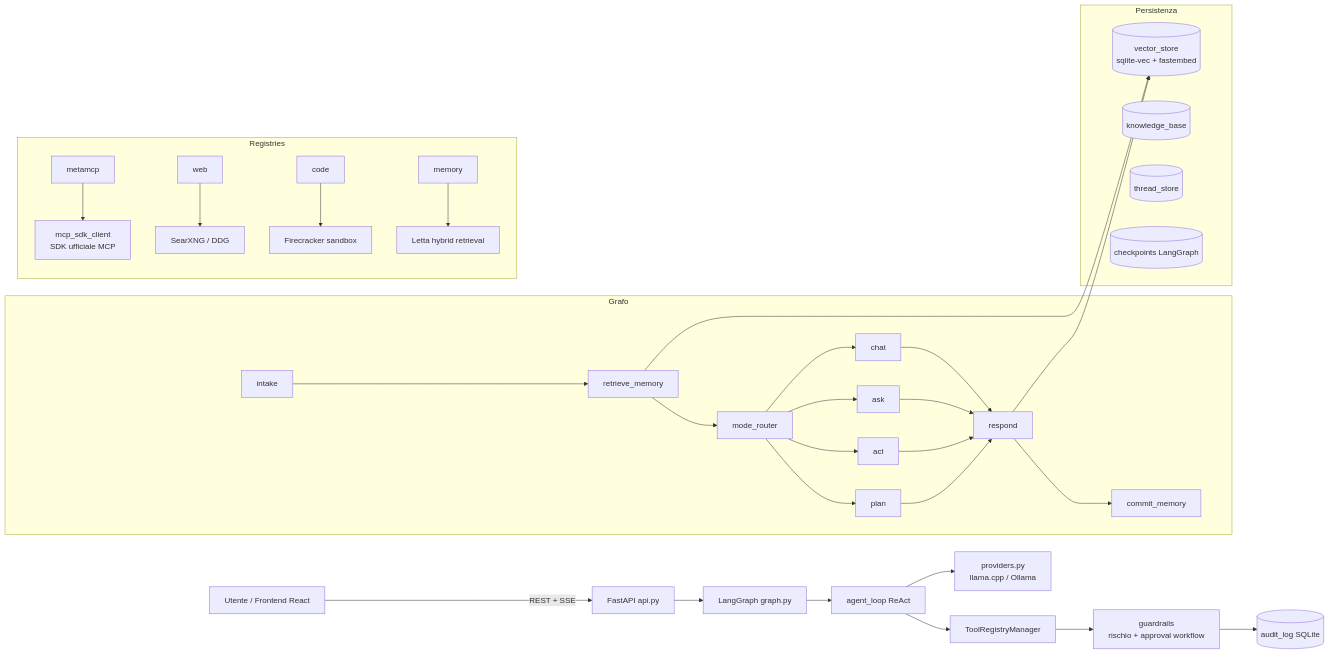
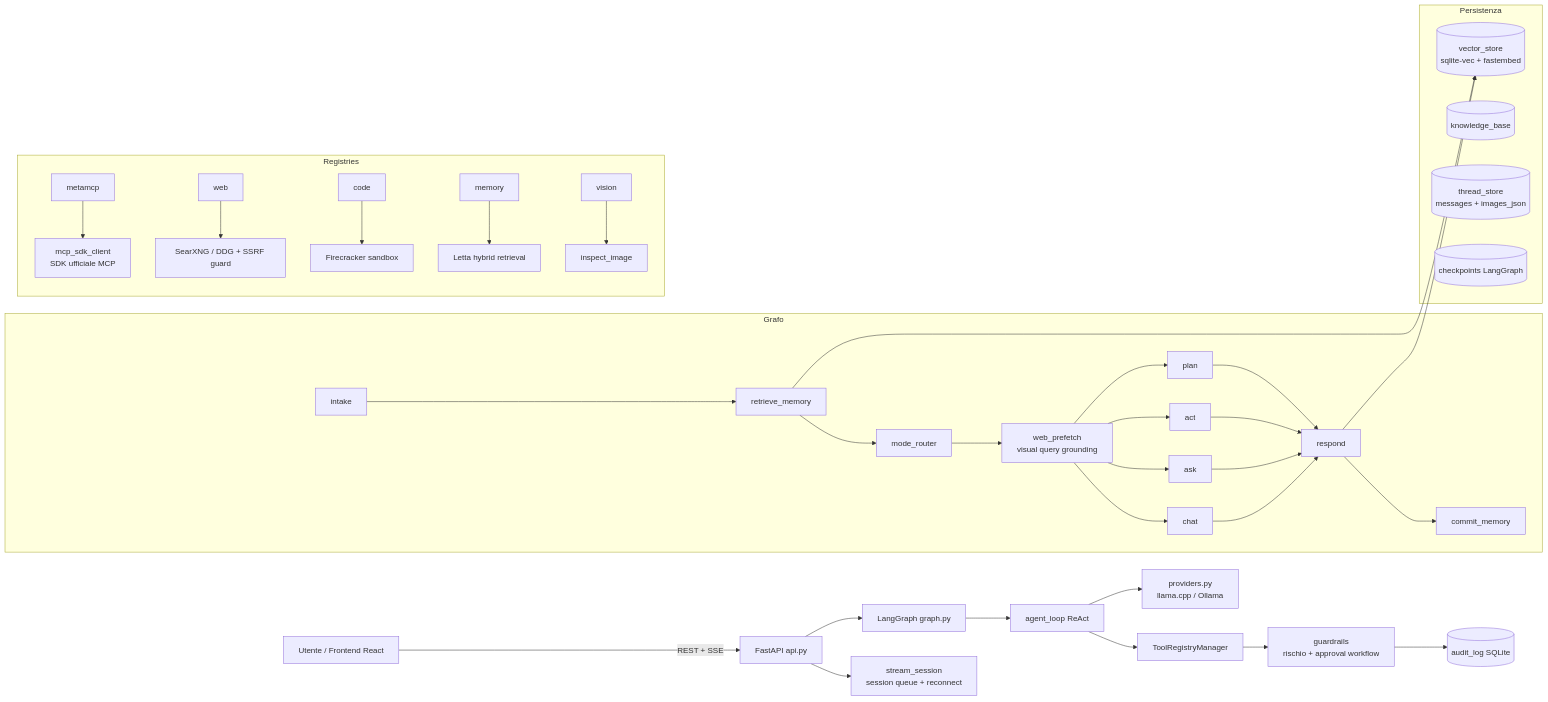
One commit to DevGiov/homelab-agent changed the first of 2 diagrams in backend/README.md. Above: the diagram before and after it, drawn with Mermaid. The commit also changed other lines of this file and 3 other files, not shown here.

Commit message:
docs: update project and architecture documentation with vision, web prefetch, and streaming

````diff
--- a/backend/README.md
+++ b/backend/README.md
@@ -7,35 +7,38 @@
 ```mermaid
 flowchart LR
     U[Utente / Frontend React] -->|REST + SSE| API[FastAPI api.py]
+    API --> SS[stream_session<br/>session queue + reconnect]
     API --> G[LangGraph graph.py]
 
     subgraph Grafo
         I[intake] --> RM[retrieve_memory] --> MR[mode_router]
-        MR --> CH[chat] & AK[ask] & AC[act] & PL[plan]
+        MR --> WP[web_prefetch<br/>visual query grounding]
+        WP --> CH[chat] & AK[ask] & AC[act] & PL[plan]
         CH & AK & AC & PL --> RS[respond] --> CM[commit_memory]
     end
 
     G --> AL[agent_loop ReAct]
     AL --> REG[ToolRegistryManager]
 
     subgraph Registries
         MM[metamcp] --> SDK[mcp_sdk_client<br/>SDK ufficiale MCP]
-        WS[web] --> SX[SearXNG / DDG]
+        WS[web] --> SX[SearXNG / DDG + SSRF guard]
         CE[code] --> FC[Firecracker sandbox]
         ME[memory] --> LT[Letta hybrid retrieval]
+        VN[vision] --> VI[inspect_image]
     end
 
     REG --> GR[guardrails<br/>rischio + approval workflow]
     GR --> AUD[(audit_log SQLite)]
 
     subgraph Persistenza
         VEC[(vector_store<br/>sqlite-vec + fastembed)]
         KB[(knowledge_base)]
-        TS[(thread_store)]
+        TS[(thread_store<br/>messages + images_json)]
         CP[(checkpoints LangGraph)]
     end
 
     AL --> LLM[providers.py<br/>llama.cpp / Ollama]
     RM --> VEC
     RS --> VEC
 ```
````
